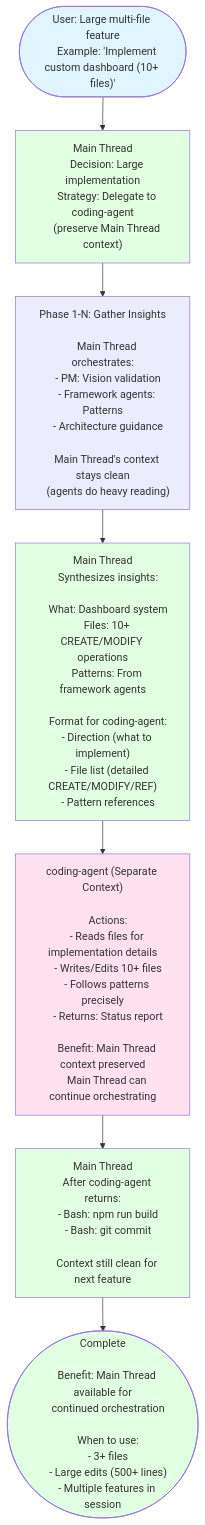
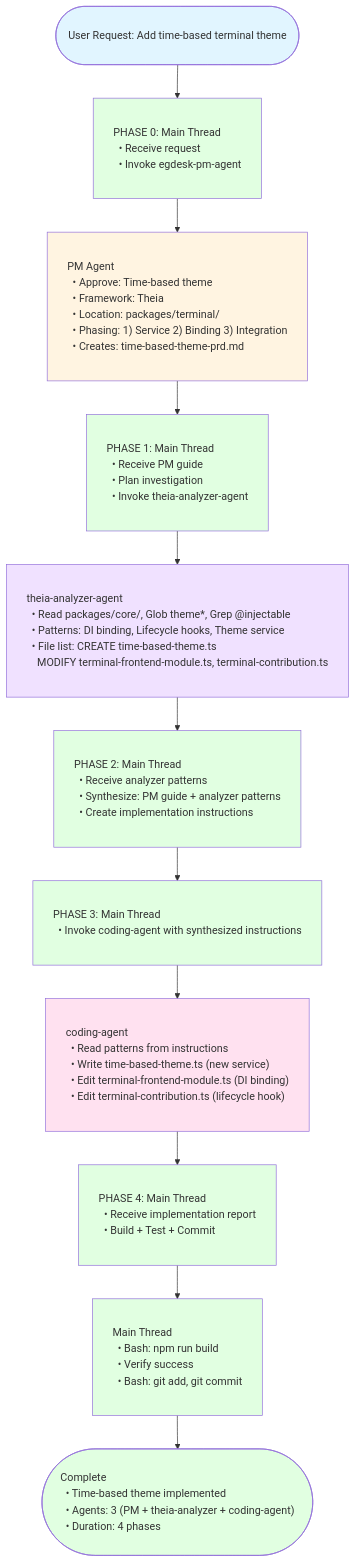
The seventh of 31 diagrams in AGENT_SWARM_FLOW_VISUAL.md (QUUS-TheSmallCodeTeam/theia-fork), drawn with Mermaid before and after one commit. The commit also changed other lines of this file, not shown here.

First line of the commit message:
feat: redesign all mermaid diagrams with vertical flow and left-aligned text

````diff
--- a/AGENT_SWARM_FLOW_VISUAL.md
+++ b/AGENT_SWARM_FLOW_VISUAL.md
@@ -961,67 +591,69 @@
 ```mermaid
 flowchart TD
-    User(["User: Large multi-file feature
-    Example: 'Implement custom dashboard (10+ files)'"])
+    classDef wideBox padding:12px 20px,text-align:left,white-space:pre;
+    classDef wideDecision padding:12px 20px,text-align:left,white-space:pre;
 
-    --> MT1["Main Thread
-    Decision: Large implementation
-    Strategy: Delegate to coding-agent
-    (preserve Main Thread context)"]
+    User(["User Request: Add time-based terminal theme"]):::wideBox
 
-    --> Phases["Phase 1-N: Gather Insights
+    --> MT0["PHASE 0: Main Thread
+  • Receive request
+  • Invoke egdesk-pm-agent"]:::wideBox
 
-    Main Thread orchestrates:
-    - PM: Vision validation
-    - Framework agents: Patterns
-    - Architecture guidance
+    --> PM["PM Agent
+  • Approve: Time-based theme
+  • Framework: Theia
+  • Location: packages/terminal/
+  • Phasing: 1) Service 2) Binding 3) Integration
+  • Creates: time-based-theme-prd.md"]:::wideBox
 
-    Main Thread's context stays clean
-    (agents do heavy reading)"]
+    --> MT1["PHASE 1: Main Thread
+  • Receive PM guide
+  • Plan investigation
+  • Invoke theia-analyzer-agent"]:::wideBox
 
-    --> MT2["Main Thread
-    Synthesizes insights:
+    --> FW["theia-analyzer-agent
+  • Read packages/core/, Glob theme*, Grep @injectable
+  • Patterns: DI binding, Lifecycle hooks, Theme service
+  • File list: CREATE time-based-theme.ts
+    MODIFY terminal-frontend-module.ts, terminal-contribution.ts"]:::wideBox
 
-    What: Dashboard system
-    Files: 10+ CREATE/MODIFY operations
-    Patterns: From framework agents
+    --> MT2["PHASE 2: Main Thread
+  • Receive analyzer patterns
+  • Synthesize: PM guide + analyzer patterns
+  • Create implementation instructions"]:::wideBox
 
-    Format for coding-agent:
-    - Direction (what to implement)
-    - File list (detailed CREATE/MODIFY/REF)
-    - Pattern references"]
+    --> MT3["PHASE 3: Main Thread
+  • Invoke coding-agent with synthesized instructions"]:::wideBox
 
-    --> Coding["coding-agent (Separate Context)
+    --> Coding["coding-agent
+  • Read patterns from instructions
+  • Write time-based-theme.ts (new service)
+  • Edit terminal-frontend-module.ts (DI binding)
+  • Edit terminal-contribution.ts (lifecycle hook)"]:::wideBox
 
-    Actions:
-    - Reads files for implementation details
-    - Writes/Edits 10+ files
-    - Follows patterns precisely
-    - Returns: Status report
+    --> MT4["PHASE 4: Main Thread
+  • Receive implementation report
+  • Build + Test + Commit"]:::wideBox
 
-    Benefit: Main Thread context preserved
-    Main Thread can continue orchestrating"]
-
-    --> MT3["Main Thread
-    After coding-agent returns:
-    - Bash: npm run build
-    - Bash: git commit
-
-    Context still clean for next feature"]
+    --> Build["Main Thread
+  • Bash: npm run build
+  • Verify success
+  • Bash: git add, git commit"]:::wideBox
 
     --> End(["Complete
-
-    Benefit: Main Thread available for
-    continued orchestration
-
-    When to use:
-    - 3+ files
-    - Large edits (500+ lines)
-    - Multiple features in session"])
+  • Time-based theme implemented
+  • Agents: 3 (PM + theia-analyzer + coding-agent)
+  • Duration: 4 phases"]):::wideBox
 
     style User fill:#e1f5ff
+    style MT0 fill:#e1ffe1
     style MT1 fill:#e1ffe1
     style MT2 fill:#e1ffe1
     style MT3 fill:#e1ffe1
+    style MT4 fill:#e1ffe1
+    style PM fill:#fff4e1
+    style FW fill:#f0e1ff
     style Coding fill:#ffe1f0
+    style Build fill:#e1ffe1
     style End fill:#e1ffe1
 ```
````
